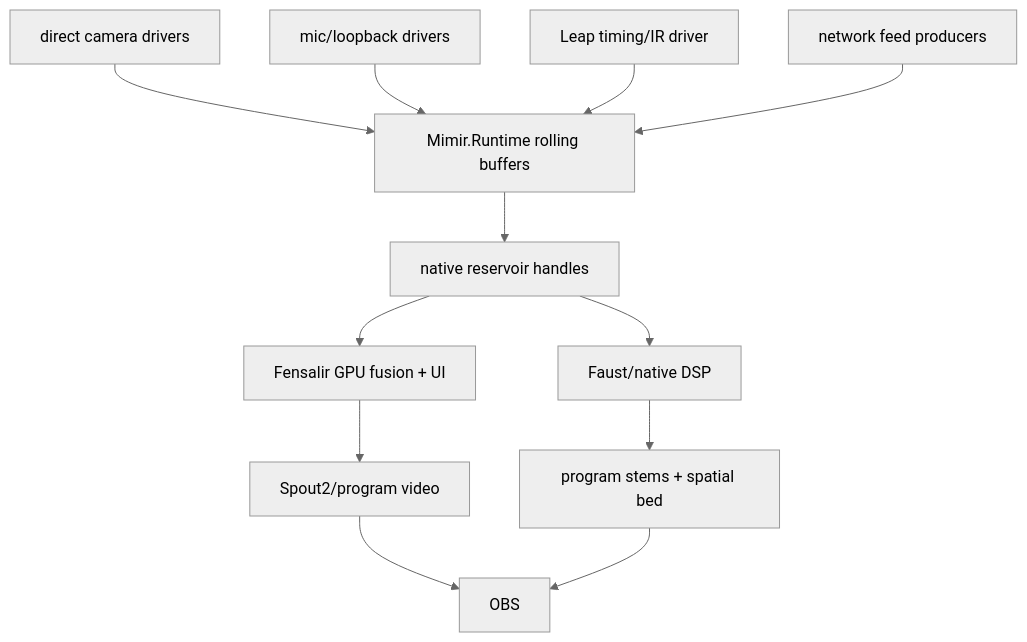
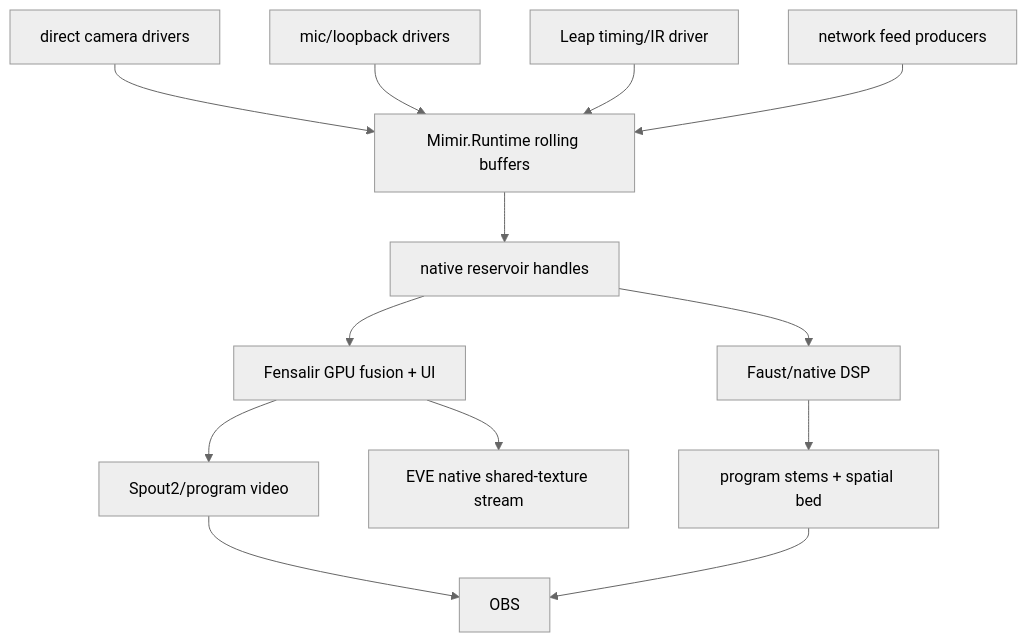
The first of 2 diagrams in notes/current-system-map.md (GameCult/Mimir), drawn with Mermaid (neutral theme) before and after one commit. The commit also changed other lines of this file and 8 other files, not shown here.

Commit message:
Wire EVE native program output contract

````diff
--- a/notes/current-system-map.md
+++ b/notes/current-system-map.md
@@ -19,14 +19,15 @@
 ```mermaid
 flowchart TD
     A["direct camera drivers"] --> R["Mimir.Runtime rolling buffers"]
     B["mic/loopback drivers"] --> R
     C["Leap timing/IR driver"] --> R
     D["network feed producers"] --> R
     R --> N["native reservoir handles"]
     N --> E["Fensalir GPU fusion + UI"]
     N --> F["Faust/native DSP"]
     E --> G["Spout2/program video"]
+    E --> V["EVE native shared-texture stream"]
     F --> H["program stems + spatial bed"]
     G --> I["OBS"]
     H --> I
 ```
````
